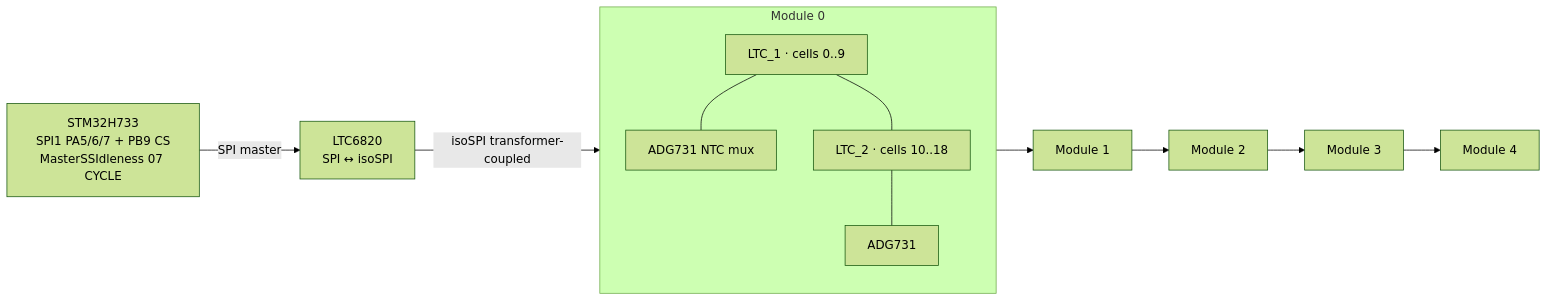
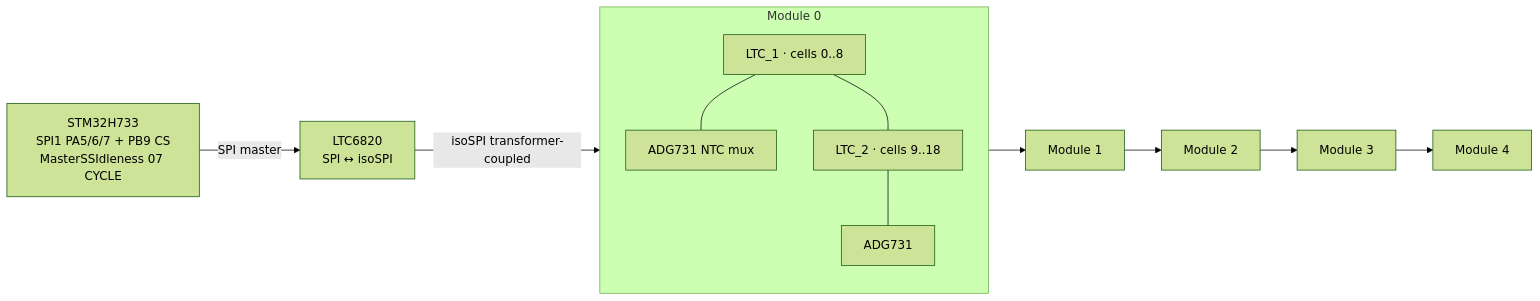
Before and after one commit to isc-fs/IFS08-CE-AMS: the fourth of 4 diagrams in docs/DEEP_DIVE.md, drawn with Mermaid (forest theme). The commit also changed other lines of this file and 38 other files, not shown here.

````diff
--- a/docs/DEEP_DIVE.md
+++ b/docs/DEEP_DIVE.md
@@ -381,15 +381,15 @@
 ```mermaid
 flowchart LR
   MCU[STM32H733<br/>SPI1 PA5/6/7 + PB9 CS<br/>MasterSSIdleness 07 CYCLE] -- "SPI master" --> Bridge[LTC6820<br/>SPI ↔ isoSPI]
   Bridge -- "isoSPI transformer-coupled" --> M0
   subgraph M0[Module 0]
-    L0a[LTC_1 · cells 0..9]
+    L0a[LTC_1 · cells 0..8]
     M0a[ADG731 NTC mux]
     L0a --- M0a
-    L0b[LTC_2 · cells 10..18]
+    L0b[LTC_2 · cells 9..18]
     M0b[ADG731]
     L0b --- M0b
     L0a --- L0b
   end
   M0 --> M1[Module 1] --> M2[Module 2] --> M3[Module 3] --> M4[Module 4]
 ```
````
